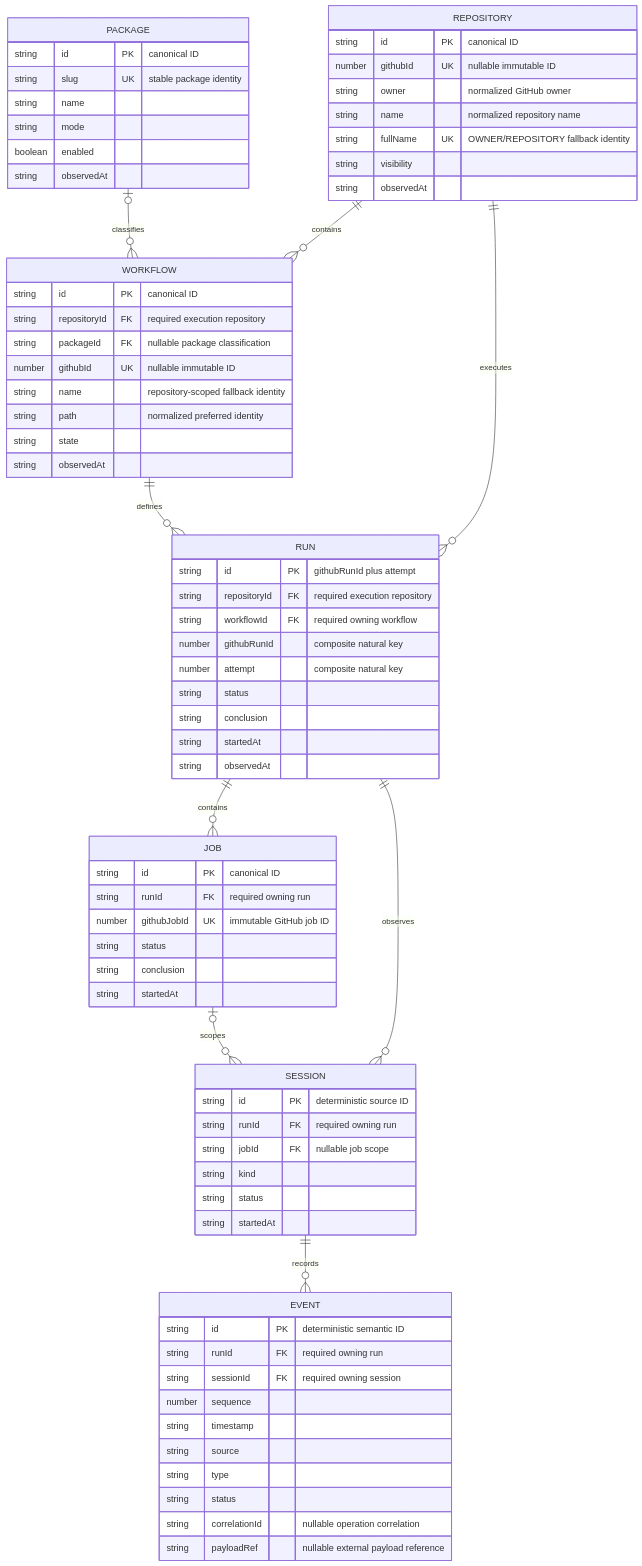
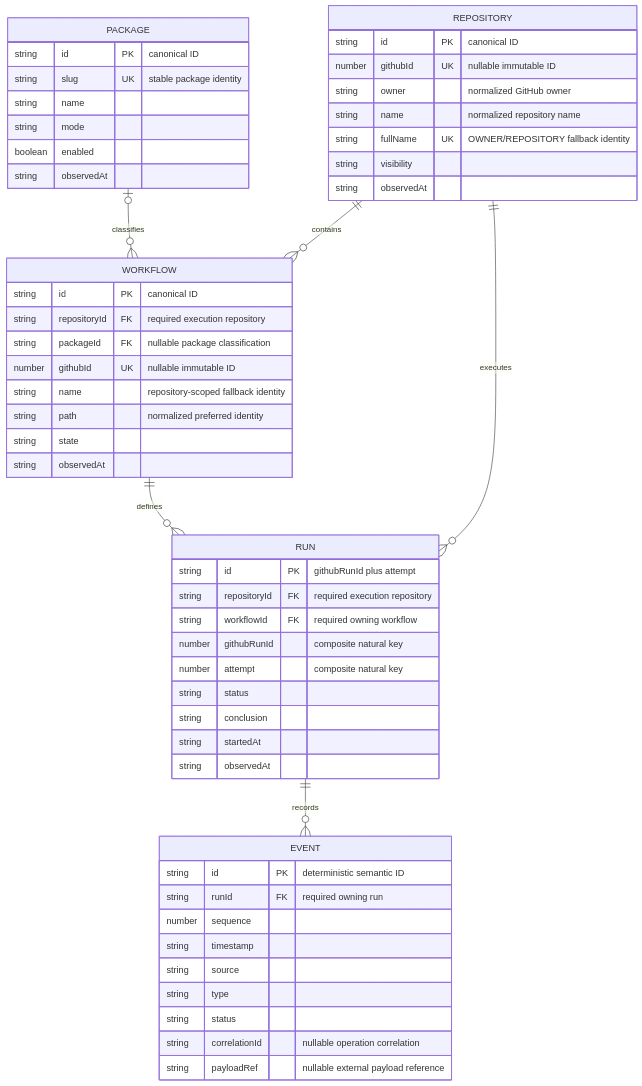
One commit to elefthei/gh-aw-cao changed the second of 2 diagrams in specs/dashboard-data.md. Above: the diagram before and after it, drawn with Mermaid. The commit also changed other lines of this file and 77 other files, not shown here.

Commit message:
Simplify the canonical activity database schema (#12604)

````diff
--- a/specs/dashboard-data.md
+++ b/specs/dashboard-data.md
@@ -753,78 +746,58 @@
 ```mermaid
 erDiagram
   PACKAGE o|--o{ WORKFLOW : classifies
   REPOSITORY ||--o{ WORKFLOW : contains
   REPOSITORY ||--o{ RUN : executes
   WORKFLOW ||--o{ RUN : defines
-  RUN ||--o{ JOB : contains
-  RUN ||--o{ SESSION : observes
-  JOB o|--o{ SESSION : scopes
-  SESSION ||--o{ EVENT : records
+  RUN ||--o{ EVENT : records
 
   PACKAGE {
     string id PK "canonical ID"
     string slug UK "stable package identity"
     string name
     string mode
     boolean enabled
     string observedAt
   }
   REPOSITORY {
     string id PK "canonical ID"
     number githubId UK "nullable immutable ID"
     string owner "normalized GitHub owner"
     string name "normalized repository name"
     string fullName UK "OWNER/REPOSITORY fallback identity"
     string visibility
     string observedAt
   }
   WORKFLOW {
     string id PK "canonical ID"
     string repositoryId FK "required execution repository"
     string packageId FK "nullable package classification"
     number githubId UK "nullable immutable ID"
     string name "repository-scoped fallback identity"
     string path "normalized preferred identity"
     string state
     string observedAt
   }
   RUN {
     string id PK "githubRunId plus attempt"
     string repositoryId FK "required execution repository"
     string workflowId FK "required owning workflow"
     number githubRunId "composite natural key"
     number attempt "composite natural key"
     string status
     string conclusion
     string startedAt
     string observedAt
   }
-  JOB {
-    string id PK "canonical ID"
-    string runId FK "required owning run"
-    number githubJobId UK "immutable GitHub job ID"
-    string status
-    string conclusion
-    string startedAt
-  }
-  SESSION {
-    string id PK "deterministic source ID"
-    string runId FK "required owning run"
-    string jobId FK "nullable job scope"
-    string kind
-    string status
-    string startedAt
-  }
   EVENT {
     string id PK "deterministic semantic ID"
     string runId FK "required owning run"
-    string sessionId FK "required owning session"
     number sequence
     string timestamp
     string source
     string type
     string status
     string correlationId "nullable operation correlation"
     string payloadRef "nullable external payload reference"
   }
 ```
````
